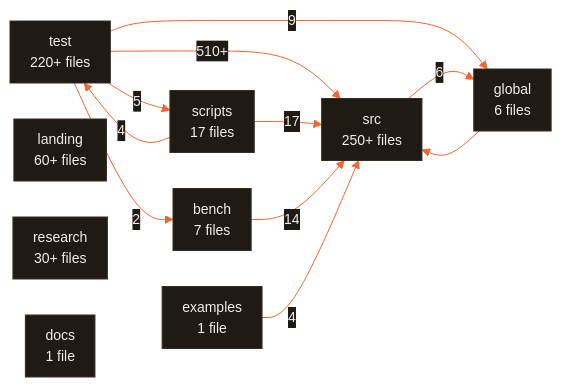
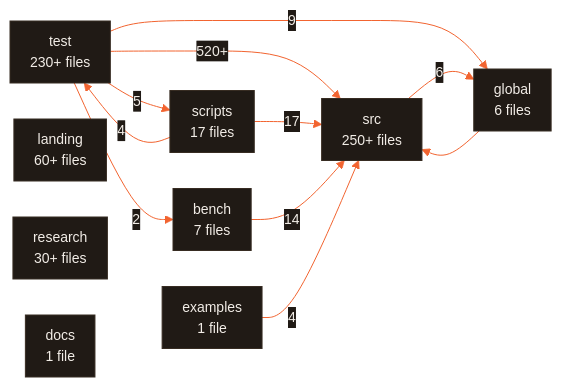
The diagram in ARCHITECTURE.md (CodeWithJuber/forgekit), drawn with Mermaid before and after one commit. The commit also changed other lines of this file and 31 other files, not shown here.

````diff
--- a/ARCHITECTURE.md
+++ b/ARCHITECTURE.md
@@ -680,23 +682,23 @@
 ```mermaid
 %%{init: {'theme':'base','themeVariables':{'primaryColor':'#201a15','primaryTextColor':'#f2ede7','primaryBorderColor':'#372c22','lineColor':'#f26430','secondaryColor':'#272019','tertiaryColor':'#171310','edgeLabelBackground':'#201a15','clusterBkg':'#171310','clusterBorder':'#4a3b2e','fontFamily':'ui-sans-serif, system-ui, sans-serif','fontSize':'14px'},'flowchart':{'curve':'basis','padding':10,'nodeSpacing':36,'rankSpacing':44}}}%%
 flowchart LR
   src["src<br/>250+ files"]
-  test["test<br/>220+ files"]
+  test["test<br/>230+ files"]
   landing["landing<br/>60+ files"]
   research["research<br/>30+ files"]
   scripts["scripts<br/>17 files"]
   bench["bench<br/>7 files"]
   global["global<br/>6 files"]
   docs["docs<br/>1 file"]
   examples["examples<br/>1 file"]
-  test -- 510+ --> src
+  test -- 520+ --> src
   scripts -- 17 --> src
   bench -- 14 --> src
   test -- 9 --> global
   src -- 6 --> global
   test -- 5 --> scripts
   examples -- 4 --> src
   scripts -- 4 --> test
   test -- 2 --> bench
   global --> src
 ```
````
